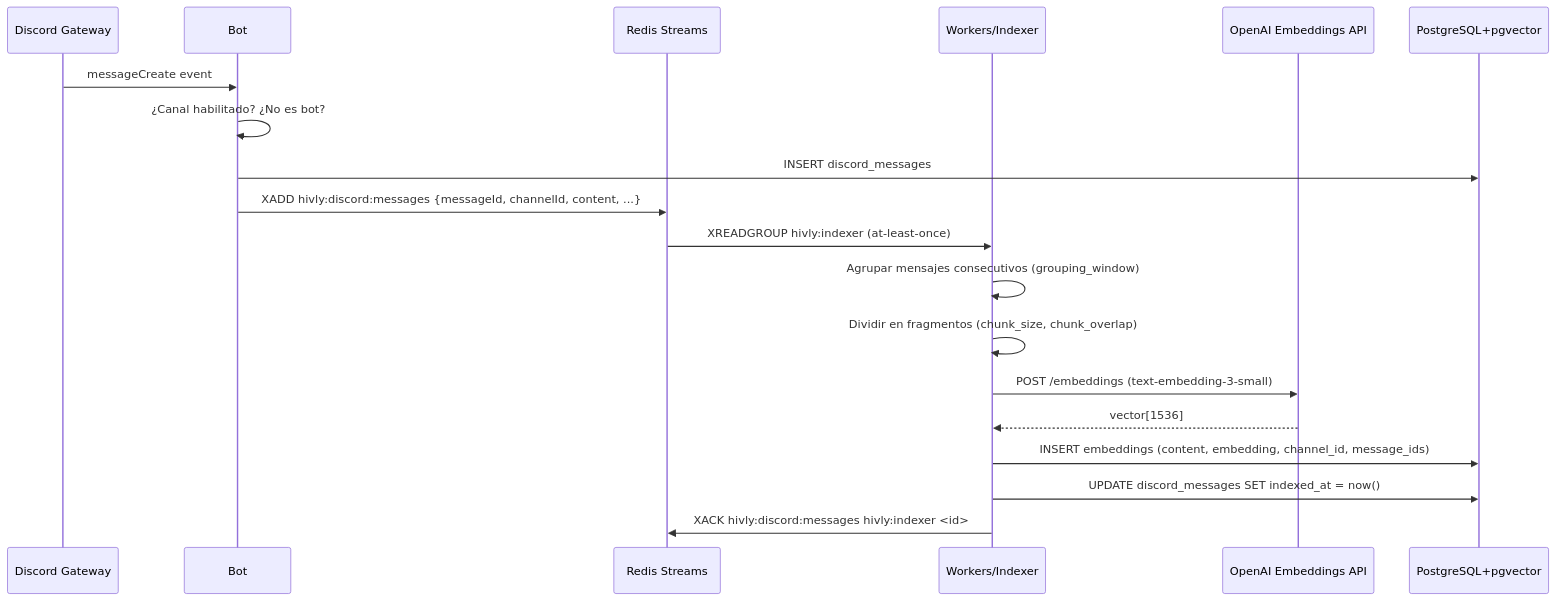
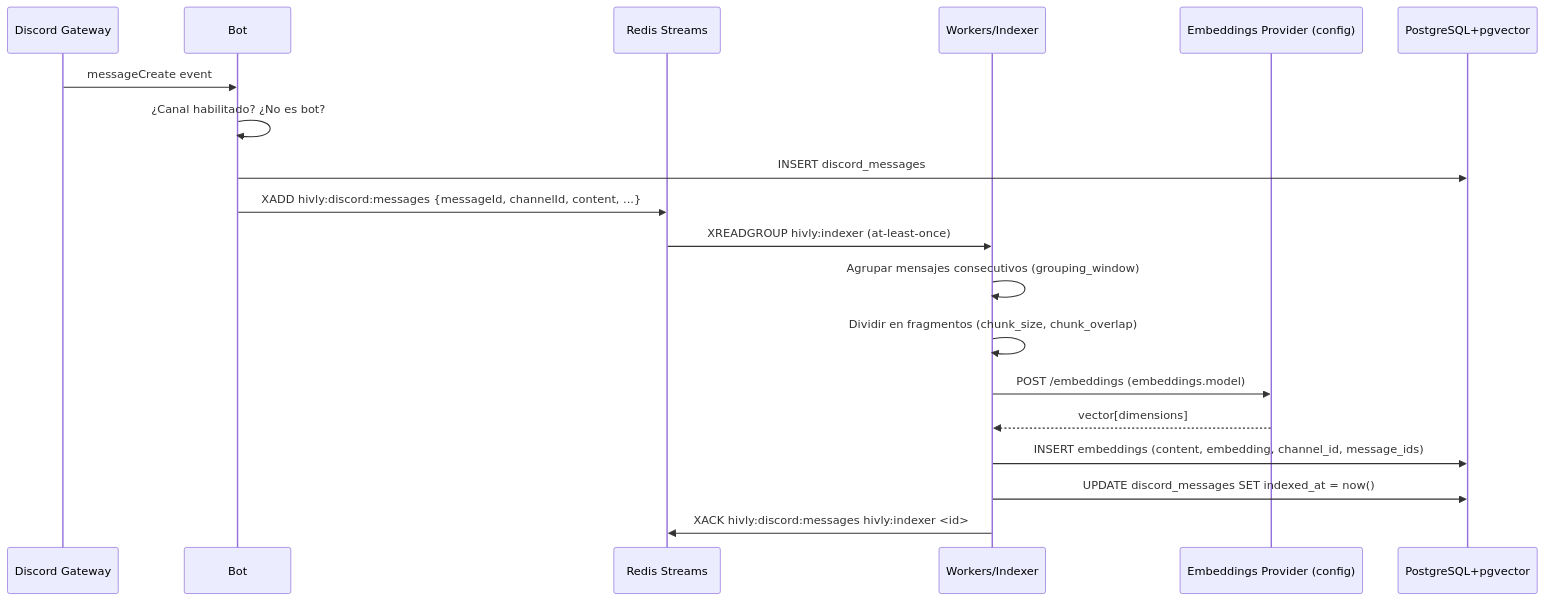
One commit to borjaberrocal87/share2brain changed the third of 7 diagrams in docs/context/TECHNICAL-DESIGN.md. Above: the diagram before and after it, drawn with Mermaid. The commit also changed other lines of this file and 6 other files, not shown here.

````diff
--- a/docs/context/TECHNICAL-DESIGN.md
+++ b/docs/context/TECHNICAL-DESIGN.md
@@ -486,23 +486,23 @@
 ```mermaid
 sequenceDiagram
     participant D as Discord Gateway
     participant Bot
     participant RS as Redis Streams
     participant Idx as Workers/Indexer
-    participant OAI as OpenAI Embeddings API
+    participant EMB as Embeddings Provider (config)
     participant PG as PostgreSQL+pgvector
 
     D->>Bot: messageCreate event
     Bot->>Bot: ¿Canal habilitado? ¿No es bot?
     Bot->>PG: INSERT discord_messages
     Bot->>RS: XADD hivly:discord:messages {messageId, channelId, content, ...}
 
     RS->>Idx: XREADGROUP hivly:indexer (at-least-once)
     Idx->>Idx: Agrupar mensajes consecutivos (grouping_window)
     Idx->>Idx: Dividir en fragmentos (chunk_size, chunk_overlap)
-    Idx->>OAI: POST /embeddings (text-embedding-3-small)
-    OAI-->>Idx: vector[1536]
+    Idx->>EMB: POST /embeddings (embeddings.model)
+    EMB-->>Idx: vector[dimensions]
     Idx->>PG: INSERT embeddings (content, embedding, channel_id, message_ids)
     Idx->>PG: UPDATE discord_messages SET indexed_at = now()
     Idx->>RS: XACK hivly:discord:messages hivly:indexer <id>
 ```
````
